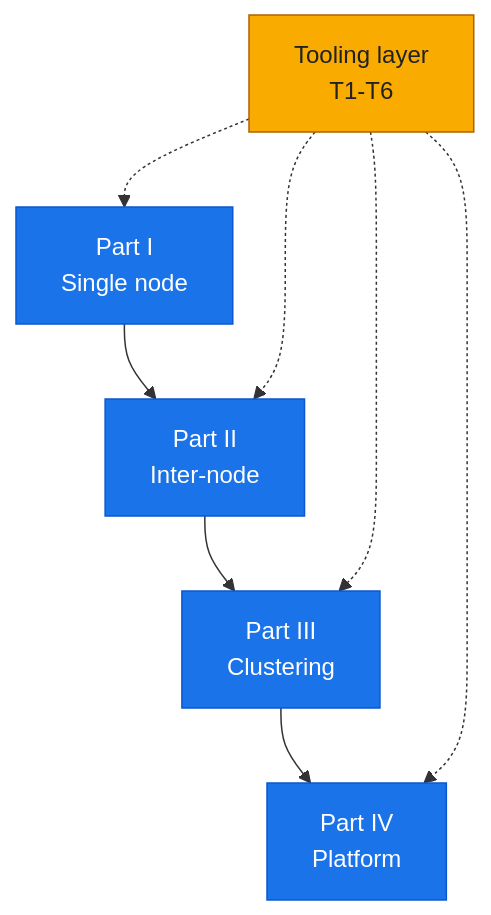
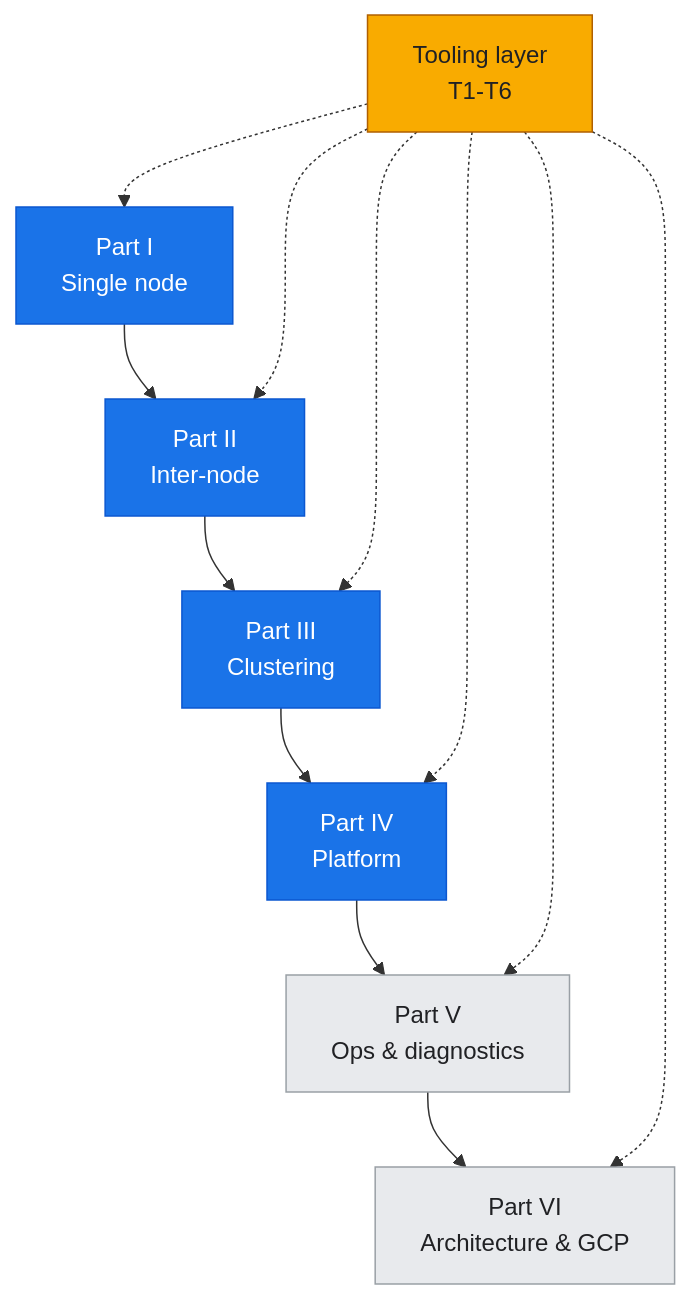
One commit to elideng-sg/hypercomputer-internode-deepdive changed the first of 3 diagrams in docs/00-guide-overview.md. Above: the diagram before and after it, drawn with Mermaid. The commit also changed other lines of this file and 3 other files, not shown here.

````diff
--- a/docs/00-guide-overview.md
+++ b/docs/00-guide-overview.md
@@ -13,14 +13,20 @@
 ```mermaid
 flowchart TD
     P1["Part I<br/>Single node"] --> P2["Part II<br/>Inter-node"]
     P2 --> P3["Part III<br/>Clustering"]
     P3 --> P4["Part IV<br/>Platform"]
+    P4 --> P5["Part V<br/>Ops & diagnostics"]
+    P5 --> P6["Part VI<br/>Architecture & GCP"]
     T["Tooling layer<br/>T1-T6"] -.-> P1
     T -.-> P2
     T -.-> P3
     T -.-> P4
+    T -.-> P5
+    T -.-> P6
     classDef meas fill:#1a73e8,stroke:#0b57d0,color:#ffffff;
+    classDef plan fill:#e8eaed,stroke:#9aa0a6,color:#202124;
     classDef accent fill:#f9ab00,stroke:#b06000,color:#202124;
     class P1,P2,P3,P4 meas;
+    class P5,P6 plan;
     class T accent;
 ```
````
